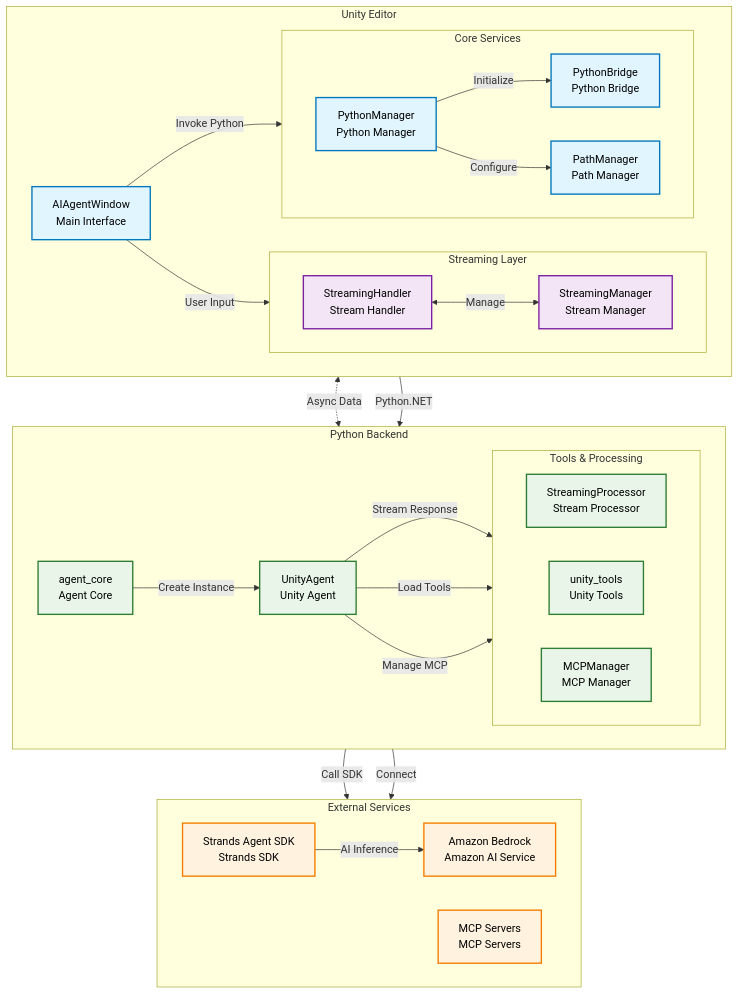
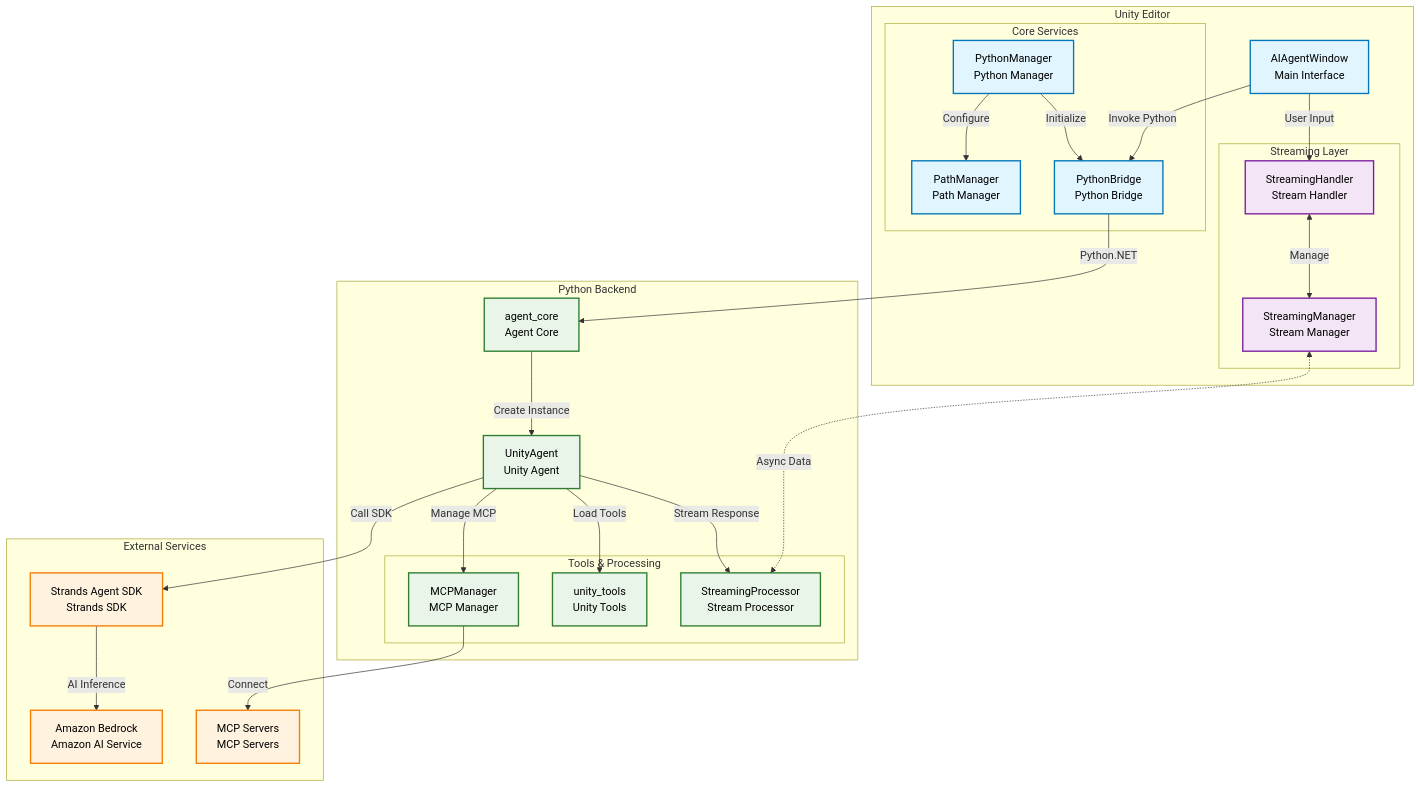
One commit to ddpie/unity-strands-agent changed the second of 2 diagrams in README.md. Above: the diagram before and after it, drawn with Mermaid. The commit also changed other lines of this file, not shown here.

Commit message:
fix architecture diagram to use true vertical layout
- Change from 'graph TD' to 'flowchart TD' for proper top-down arrangement
- Remove internal 'direction LR' directives that were forcing horizontal layout
- Ensure Unity Editor -> Python Backend -> External Services flow vertically
- Maintain clean subgraph organization within each main section
- Keep consistent styling and component relationships
- Update both Chinese and English versions for consistency

````diff
--- a/README.md
+++ b/README.md
@@ -186,75 +180,69 @@
 ```mermaid
-graph TD
+flowchart TD
     subgraph Unity["Unity Editor"]
-        direction LR
         UI[AIAgentWindow<br/>Main Interface]
         
         subgraph Streaming["Streaming Layer"]
-            direction LR
             SH[StreamingHandler<br/>Stream Handler]
             SM[StreamingManager<br/>Stream Manager]
         end
         
         subgraph Core["Core Services"]
-            direction LR
             PB[PythonBridge<br/>Python Bridge]
             PM[PythonManager<br/>Python Manager]
             PATH[PathManager<br/>Path Manager]
         end
     end
     
     subgraph Python["Python Backend"]
-        direction LR
         AC[agent_core<br/>Agent Core]
         UA[UnityAgent<br/>Unity Agent]
         
         subgraph Tools["Tools & Processing"]
-            direction LR
             SP[StreamingProcessor<br/>Stream Processor]
             UT[unity_tools<br/>Unity Tools]
             MM[MCPManager<br/>MCP Manager]
         end
     end
     
     subgraph External["External Services"]
-        direction LR
         SDK[Strands Agent SDK<br/>Strands SDK]
         AWS[Amazon Bedrock<br/>Amazon AI Service]
         MCP[MCP Servers<br/>MCP Servers]
     end
     
     %% User interaction flow
     UI -->|User Input| SH
     UI -->|Invoke Python| PB
     
     %% Streaming flow
     SH <-->|Manage| SM
     SM <-.->|Async Data| SP
     
     %% Core services flow
     PM -->|Initialize| PB
     PM -->|Configure| PATH
     PB -->|Python.NET| AC
     
     %% Python internal flow
     AC -->|Create Instance| UA
     UA -->|Stream Response| SP
     UA -->|Load Tools| UT
     UA -->|Manage MCP| MM
     
     %% External services flow
     UA -->|Call SDK| SDK
     SDK -->|AI Inference| AWS
     MM -->|Connect| MCP
     
     %% Style definitions
     classDef unityStyle fill:#e1f5fe,stroke:#0277bd,stroke-width:2px,color:#000
     classDef pythonStyle fill:#e8f5e8,stroke:#2e7d32,stroke-width:2px,color:#000
     classDef externalStyle fill:#fff3e0,stroke:#f57c00,stroke-width:2px,color:#000
     classDef streamStyle fill:#f3e5f5,stroke:#7b1fa2,stroke-width:2px,color:#000
     
     class UI,PB,PM,PATH unityStyle
     class SH,SM streamStyle
     class AC,UA,SP,UT,MM pythonStyle
     class SDK,AWS,MCP externalStyle
 ```
````
